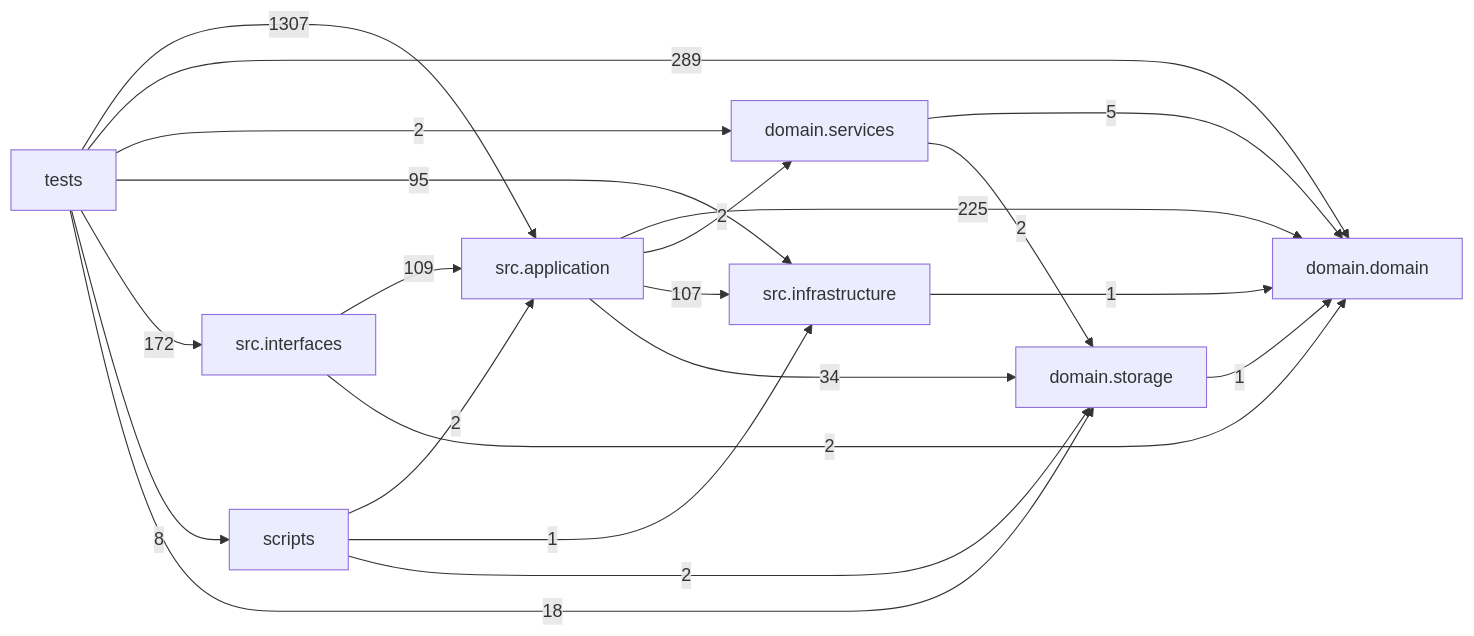
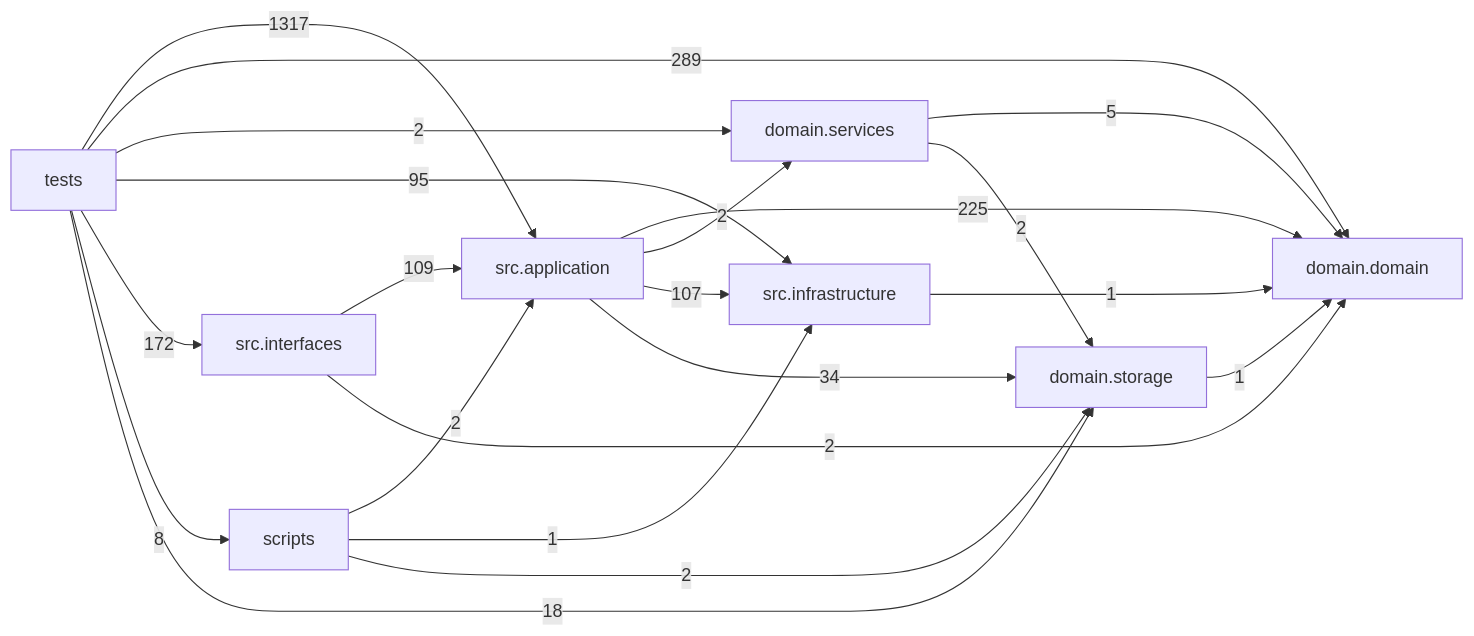
The diagram in docs/DEPENDENCY_GRAPH.md (liuxie066/options-monitor), drawn with Mermaid before and after one commit. The commit also changed other lines of this file and 48 other files, not shown here.

````diff
--- a/docs/DEPENDENCY_GRAPH.md
+++ b/docs/DEPENDENCY_GRAPH.md
@@ -24,31 +24,31 @@
 ```mermaid
 flowchart LR
   tests["tests"]
   scripts["scripts"]
   interfaces["src.interfaces"]
   application["src.application"]
   infrastructure["src.infrastructure"]
   domain_services["domain.services"]
   domain["domain.domain"]
   storage["domain.storage"]
   application -->|225| domain
   application -->|2| domain_services
   application -->|107| infrastructure
   application -->|34| storage
   domain_services -->|5| domain
   domain_services -->|2| storage
   infrastructure -->|1| domain
   interfaces -->|109| application
   interfaces -->|2| domain
   scripts -->|2| application
   scripts -->|1| infrastructure
   scripts -->|2| storage
   storage -->|1| domain
-  tests -->|1307| application
+  tests -->|1317| application
   tests -->|289| domain
   tests -->|2| domain_services
   tests -->|95| infrastructure
   tests -->|172| interfaces
   tests -->|8| scripts
   tests -->|18| storage
 ```
````
